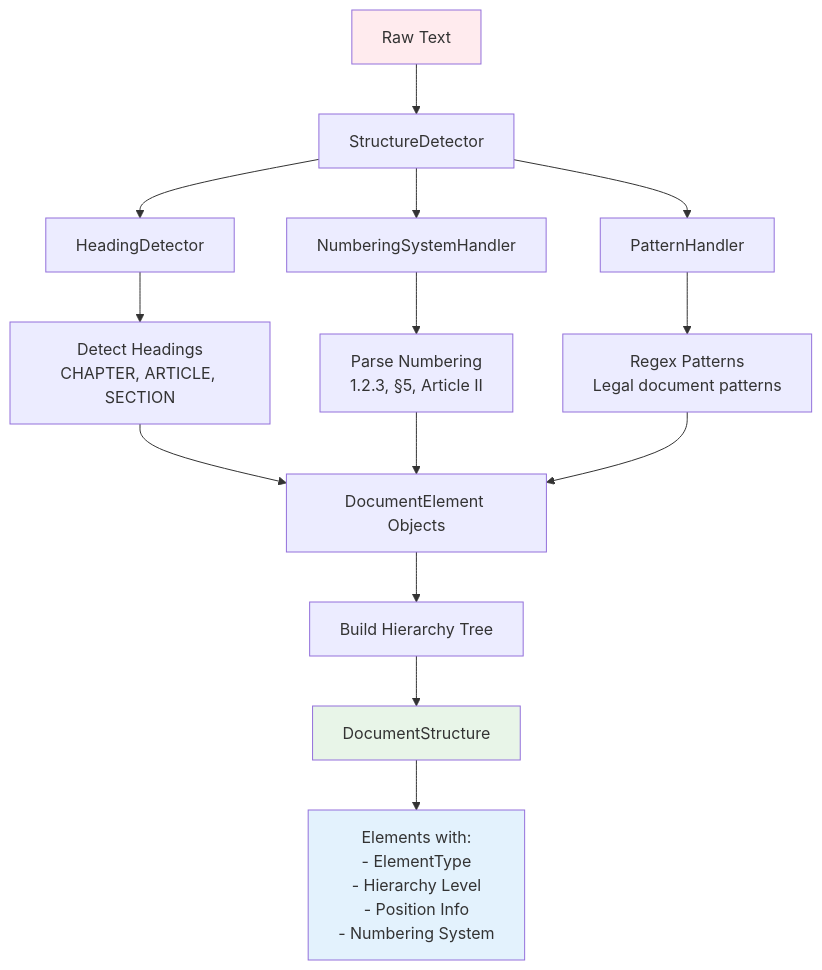
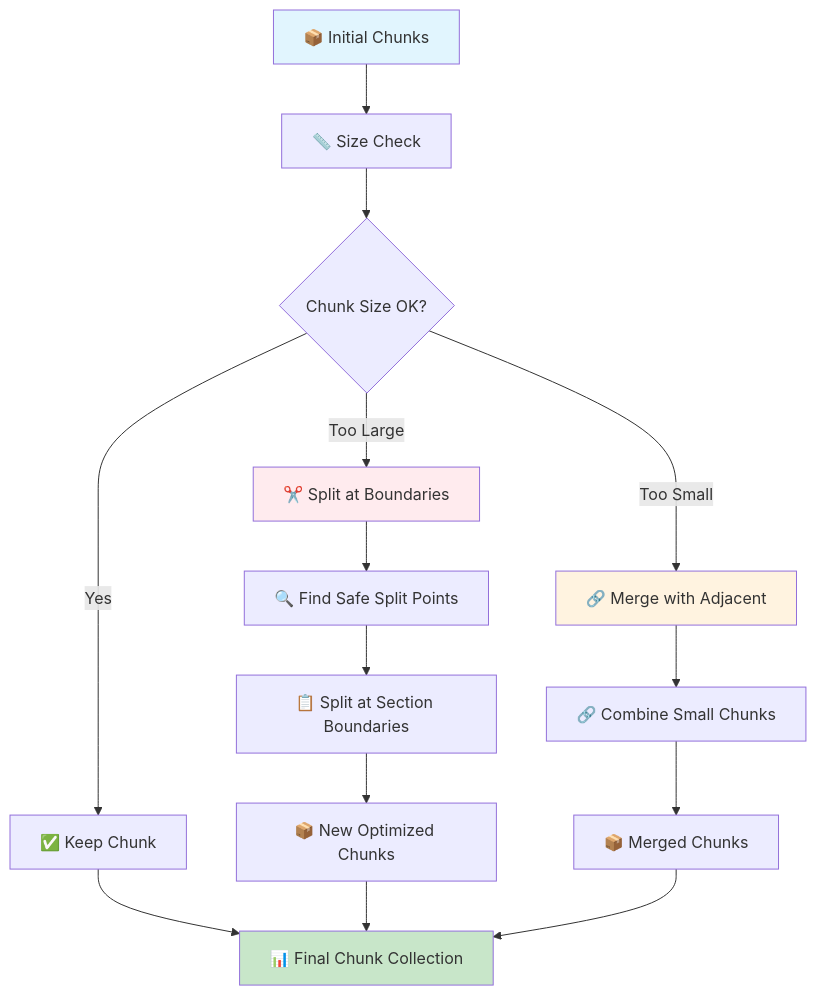
Before and after one commit to excetra-product-lab/chat_with_docs: the fifth of 7 diagrams in README.md, drawn with Mermaid. The commit also changed other lines of this file, not shown here.

First line of the commit message:
docs: improve README chunking documentation with clearer diagrams and examples

````diff
--- a/README.md
+++ b/README.md
@@ -312,24 +298,24 @@
 ```mermaid
 graph TD
-    A[Raw Text] --> B[StructureDetector]
-    B --> C[HeadingDetector]
-    B --> D[NumberingSystemHandler]
-    B --> E[PatternHandler]
+    A[📦 Initial Chunks] --> B[📏 Size Check]
+    B --> C{Chunk Size OK?}
+    C -->|Yes| D[✅ Keep Chunk]
+    C -->|Too Large| E[✂️ Split at Boundaries]
+    C -->|Too Small| F[🔗 Merge with Adjacent]
 
-    C --> F[Detect Headings<br/>CHAPTER, ARTICLE, SECTION]
-    D --> G[Parse Numbering<br/>1.2.3, §5, Article II]
-    E --> H[Regex Patterns<br/>Legal document patterns]
+    E --> G[🔍 Find Safe Split Points]
+    G --> H[📋 Split at Section Boundaries]
+    H --> I[📦 New Optimized Chunks]
 
-    F --> I[DocumentElement Objects]
-    G --> I
-    H --> I
+    F --> J[🔗 Combine Small Chunks]
+    J --> K[📦 Merged Chunks]
 
-    I --> J[Build Hierarchy Tree]
-    J --> K[DocumentStructure]
+    D --> L[📊 Final Chunk Collection]
+    I --> L
+    K --> L
 
-    K --> L[Elements with:<br/>- ElementType<br/>- Hierarchy Level<br/>- Position Info<br/>- Numbering System]
-
-    style A fill:#ffebee
-    style K fill:#e8f5e8
-    style L fill:#e3f2fd
+    style A fill:#e1f5fe
+    style L fill:#c8e6c9
+    style E fill:#ffebee
+    style F fill:#fff3e0
 ```
````
